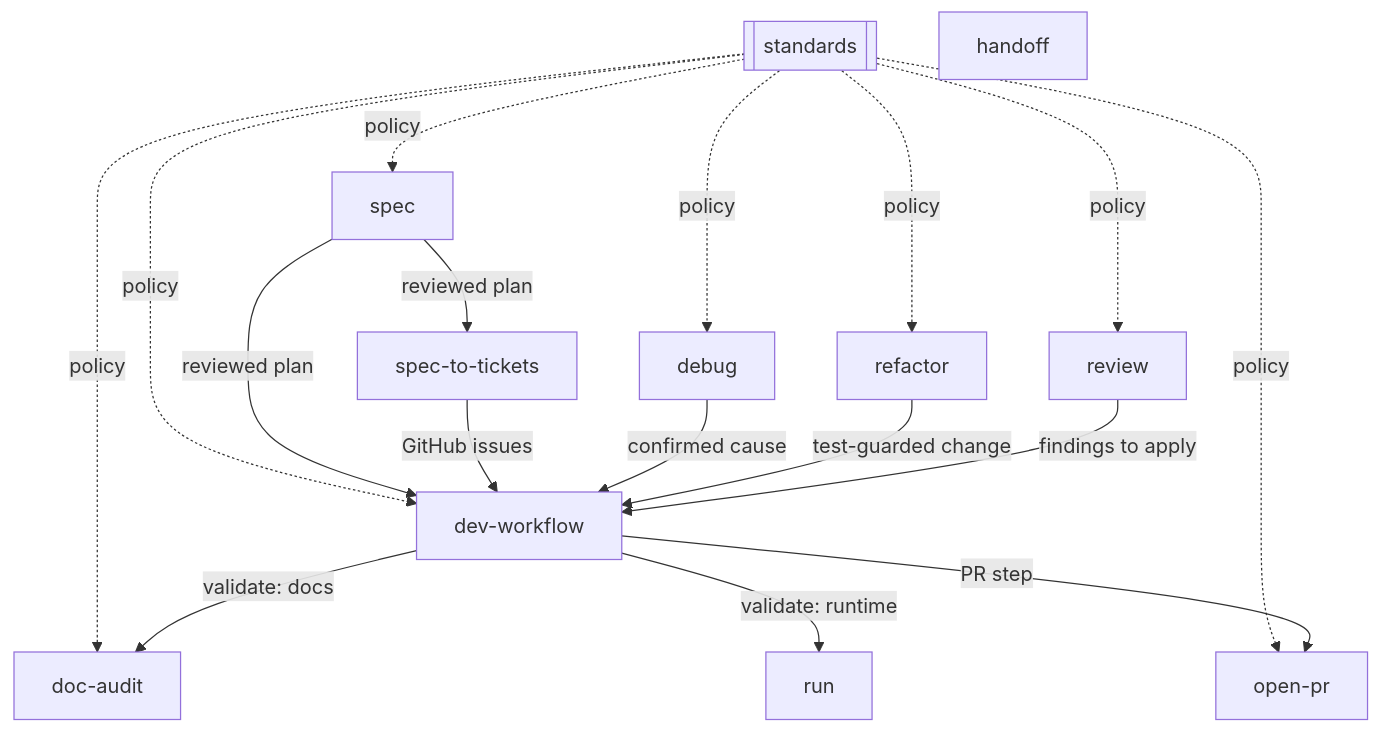
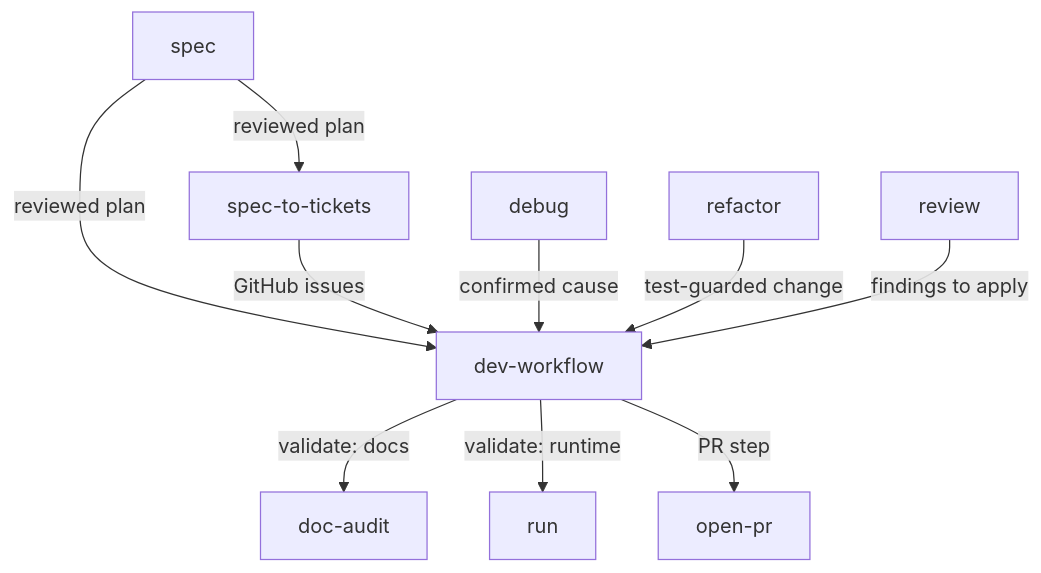
One commit to greerviau/skills changed the diagram in docs/engineering-skill-composition.md. Above: the diagram before and after it, drawn with Mermaid. The commit also changed other lines of this file, not shown here.

First line of the commit message:
fix(composition): drop the policy fan-out that reintroduced a crossing

````diff
--- a/docs/engineering-skill-composition.md
+++ b/docs/engineering-skill-composition.md
@@ -8,33 +8,23 @@
 ```mermaid
 flowchart TD
-    standards[[standards]]
     spec[spec]
     debug[debug]
     refactor[refactor]
     review[review]
     s2t[spec-to-tickets]
     devworkflow[dev-workflow]
     docaudit[doc-audit]
     run[run]
     openpr[open-pr]
-    handoff[handoff]
-
-    standards -.policy.-> spec
-    standards -.policy.-> debug
-    standards -.policy.-> refactor
-    standards -.policy.-> review
-    standards -.policy.-> devworkflow
-    standards -.policy.-> docaudit
-    standards -.policy.-> openpr
 
     spec -->|reviewed plan| s2t
     spec -->|reviewed plan| devworkflow
     s2t -->|GitHub issues| devworkflow
     debug -->|confirmed cause| devworkflow
     refactor -->|test-guarded change| devworkflow
     review -->|findings to apply| devworkflow
 
     devworkflow -->|validate: docs| docaudit
     devworkflow -->|validate: runtime| run
     devworkflow -->|PR step| openpr
 ```
````
